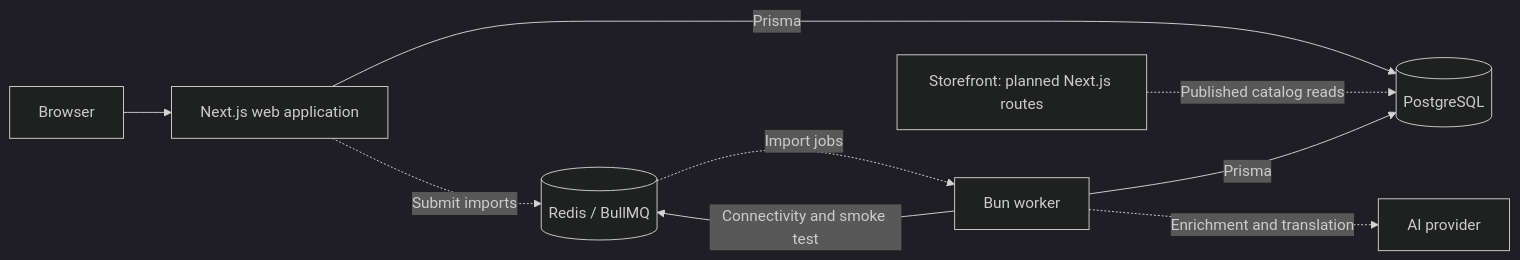
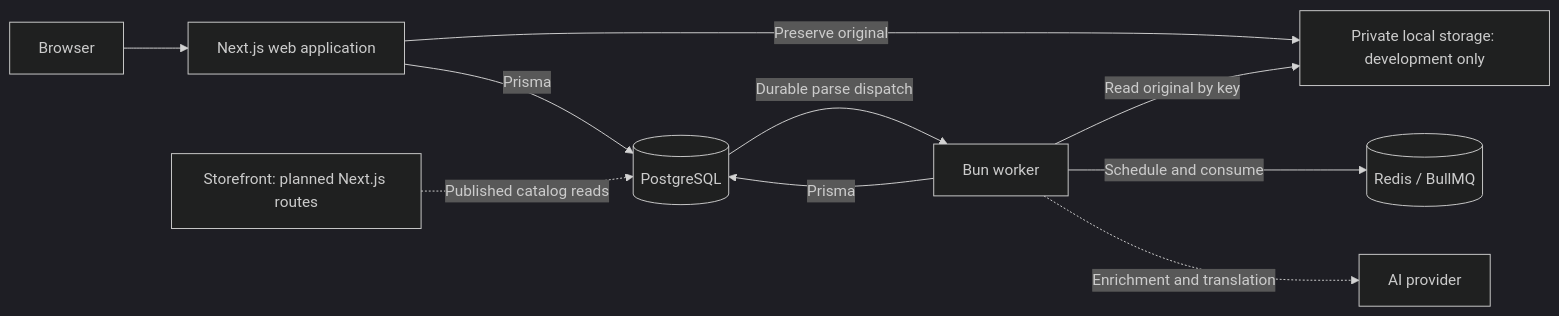
Before and after one commit to UmangAgarwal257/catalogforge: the diagram in README.md, drawn with Mermaid (dark theme). The commit also changed other lines of this file and 31 other files, not shown here.

````diff
--- a/README.md
+++ b/README.md
@@ -39,11 +41,12 @@
 ```mermaid
 flowchart LR
     Browser --> Web[Next.js web application]
     Web -->|Prisma| DB[(PostgreSQL)]
+    Web -->|Preserve original| Storage[Private local storage: development only]
     Worker[Bun worker] -->|Prisma| DB
-    Worker -->|Connectivity and smoke test| Redis[(Redis / BullMQ)]
-    Web -. Submit imports .-> Redis
-    Redis -. Import jobs .-> Worker
+    Worker -->|Read original by key| Storage
+    DB -->|Durable parse dispatch| Worker
+    Worker -->|Schedule and consume| Redis[(Redis / BullMQ)]
     Worker -. Enrichment and translation .-> AI[AI provider]
     Storefront[Storefront: planned Next.js routes] -. Published catalog reads .-> DB
 ```
````
